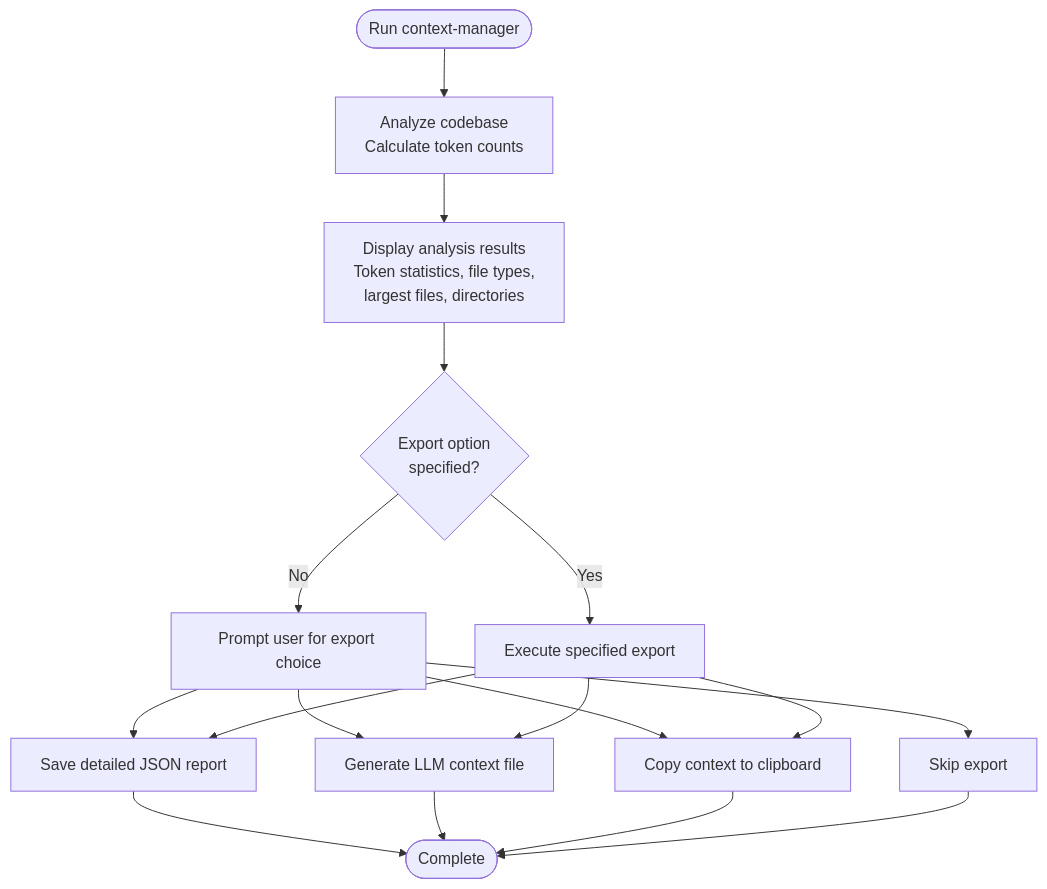
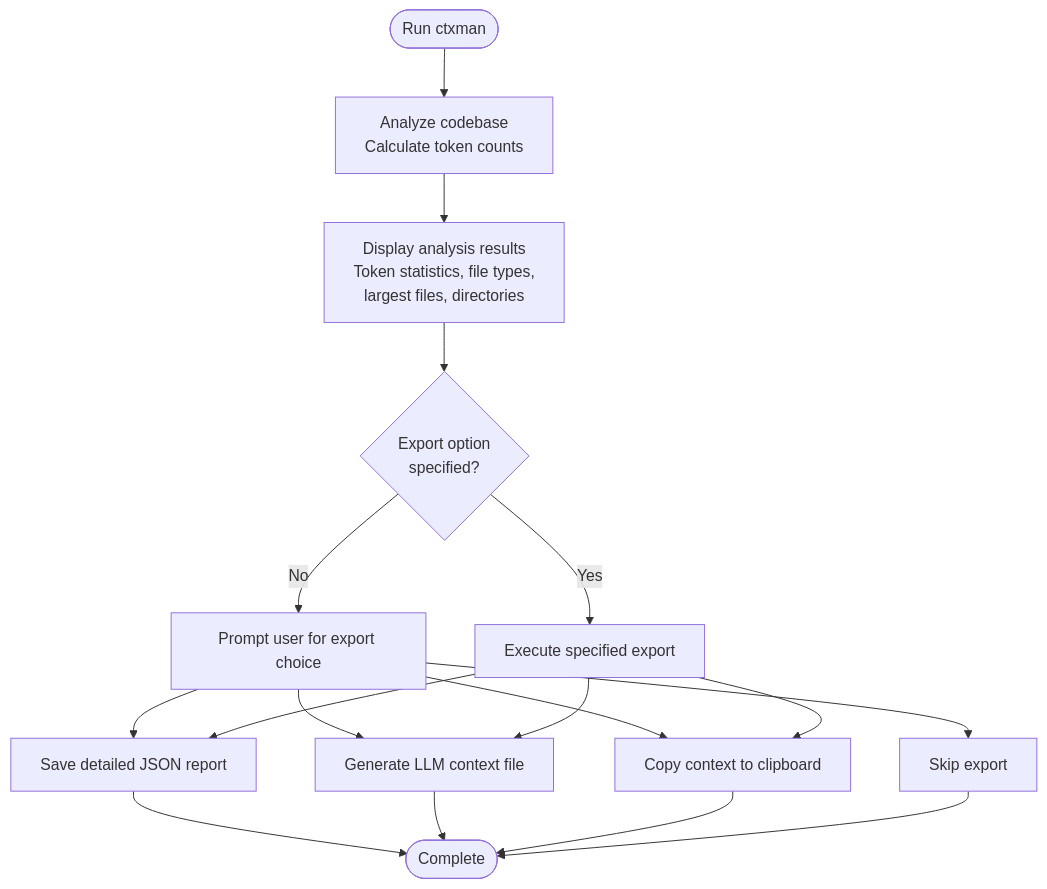
The first of 6 diagrams in docs/content-en/Quick Start Guide.md (hakkisagdic/context-manager), drawn with Mermaid before and after one commit. The commit also changed other lines of this file and 229 other files, not shown here.

First line of the commit message:
Rename: @hakkisagdic/context-manager -> ctxman (unscoped npm)

````diff
--- a/docs/content-en/Quick Start Guide.md
+++ b/docs/content-en/Quick Start Guide.md
@@ -35,19 +35,19 @@
 ```mermaid
 flowchart TD
-Start([Run context-manager]) --> Analysis["Analyze codebase\nCalculate token counts"]
+Start([Run ctxman]) --> Analysis["Analyze codebase\nCalculate token counts"]
 Analysis --> Output["Display analysis results\nToken statistics, file types,\nlargest files, directories"]
 Output --> ExportDecision{"Export option\nspecified?"}
 ExportDecision --> |No| InteractiveExport["Prompt user for export choice"]
 ExportDecision --> |Yes| DirectExport["Execute specified export"]
 InteractiveExport --> SaveReport["Save detailed JSON report"]
 InteractiveExport --> ContextFile["Generate LLM context file"]
 InteractiveExport --> Clipboard["Copy context to clipboard"]
 InteractiveExport --> NoExport["Skip export"]
 DirectExport --> SaveReport
 DirectExport --> ContextFile
 DirectExport --> Clipboard
 SaveReport --> End([Complete])
 ContextFile --> End
 Clipboard --> End
 NoExport --> End
 ```
````
